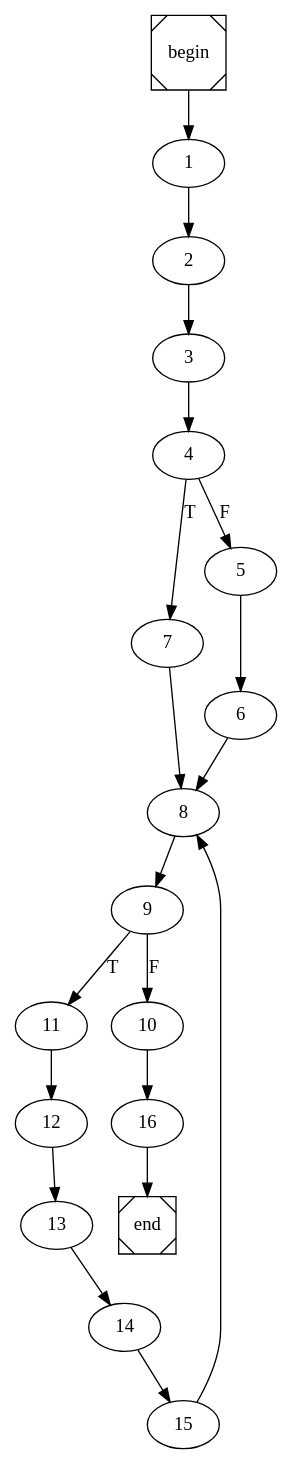
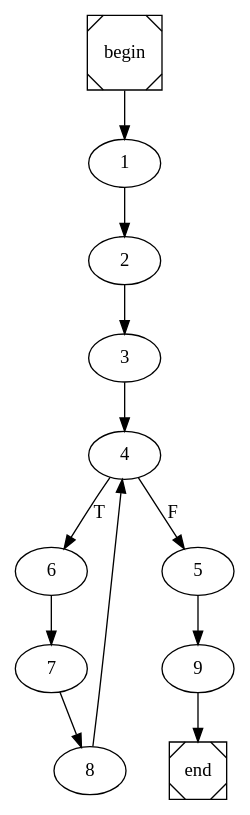
The diagram in main.dot (ivSaav/COMP), drawn with Graphviz before and after one commit. The commit also changed 4 other files, not shown here.

```diff
--- a/main.dot
+++ b/main.dot
@@ -1,4 +1,4 @@
 digraph cfg {
 	begin [shape=Msquare];
 	end [shape=Msquare];
-	begin -> 1;	1 -> 2;	2 -> 3;	3 -> 4;	4 -> 7[label=T];	4 -> 5[label=F];	5 -> 6;	6 -> 8;	7 -> 8;	8 -> 9;	9 -> 11[label=T];	9 -> 10[label=F];	10 -> 16;	11 -> 12;	12 -> 13;	13 -> 14;	14 -> 15;	15 -> 8;	16 -> end;}
+	begin -> 1;	1 -> 2;	2 -> 3;	3 -> 4;	4 -> 6[label=T];	4 -> 5[label=F];	5 -> 9;	6 -> 7;	7 -> 8;	8 -> 4;	9 -> end;}
```
